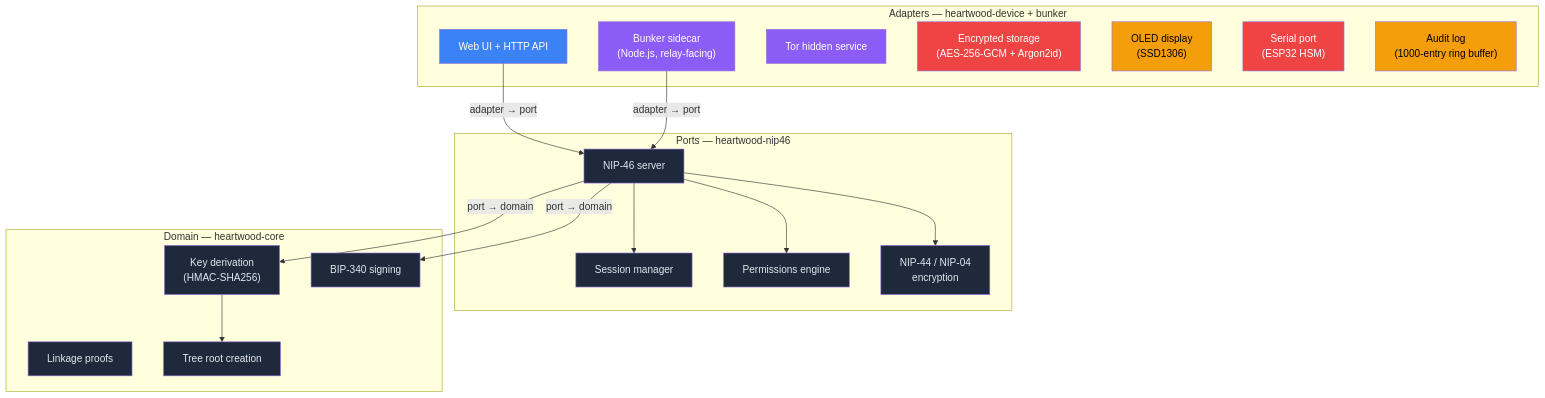
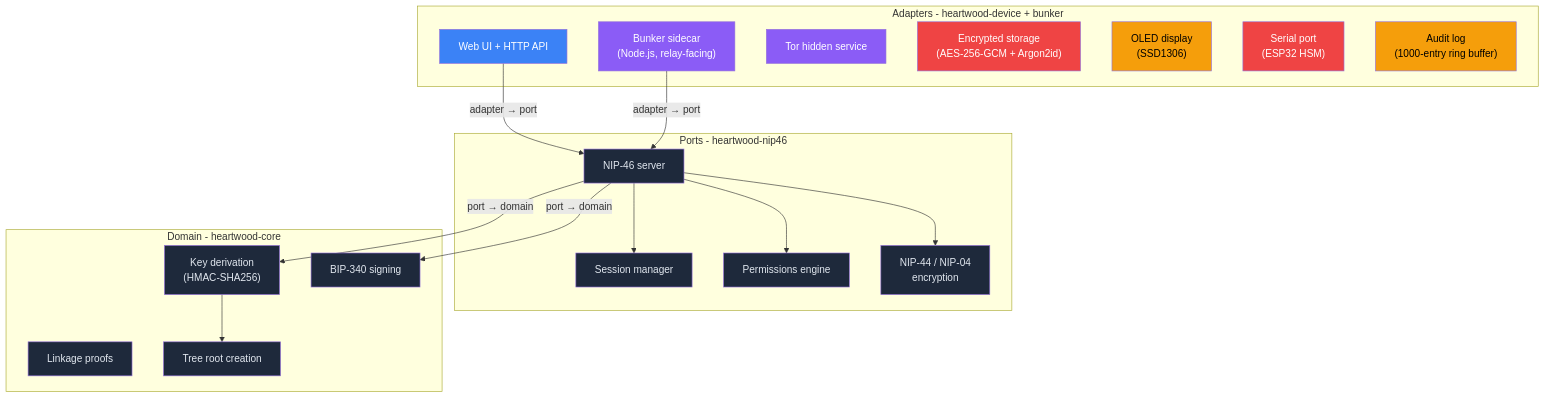
One commit to forgesworn/heartwood changed the diagram in ARCHITECTURE.md. Above: the diagram before and after it, drawn with Mermaid. The commit also changed 1 other file, not shown here.

Commit message:
fix: remove em dashes, drop unbuilt portable tier
Replace em dashes with hyphens in ARCHITECTURE.md subgraph labels.
Remove portable tier from ECOSYSTEM.md - not yet built. Only
document what's shipped (Soft and Hard tiers).

````diff
--- a/ARCHITECTURE.md
+++ b/ARCHITECTURE.md
@@ -15,51 +15,51 @@
 ```mermaid
 graph TB
-    subgraph ADAPTERS["Adapters — heartwood-device + bunker"]
+    subgraph ADAPTERS["Adapters - heartwood-device + bunker"]
         WEB["Web UI + HTTP API"]
         BUNKER["Bunker sidecar<br/>(Node.js, relay-facing)"]
         TOR["Tor hidden service"]
         STORE["Encrypted storage<br/>(AES-256-GCM + Argon2id)"]
         OLED["OLED display<br/>(SSD1306)"]
         SERIAL["Serial port<br/>(ESP32 HSM)"]
         AUDIT["Audit log<br/>(1000-entry ring buffer)"]
     end
 
-    subgraph PORTS["Ports — heartwood-nip46"]
+    subgraph PORTS["Ports - heartwood-nip46"]
         SERVER["NIP-46 server"]
         SESS["Session manager"]
         PERMS["Permissions engine"]
         ENC["NIP-44 / NIP-04<br/>encryption"]
     end
 
-    subgraph CORE["Domain — heartwood-core"]
+    subgraph CORE["Domain - heartwood-core"]
         DERIVE["Key derivation<br/>(HMAC-SHA256)"]
         SIGN["BIP-340 signing"]
         PROOF["Linkage proofs"]
         ROOT["Tree root creation"]
     end
 
     WEB -->|adapter → port| SERVER
     BUNKER -->|adapter → port| SERVER
     SERVER --> SESS
     SERVER --> PERMS
     SERVER --> ENC
     SERVER -->|port → domain| SIGN
     SERVER -->|port → domain| DERIVE
     DERIVE --> ROOT
 
     style WEB fill:#3b82f6,color:#fff
     style BUNKER fill:#8b5cf6,color:#fff
     style TOR fill:#8b5cf6,color:#fff
     style STORE fill:#ef4444,color:#fff
     style SERIAL fill:#ef4444,color:#fff
     style OLED fill:#f59e0b,color:#000
     style AUDIT fill:#f59e0b,color:#000
     style SERVER fill:#1e293b,color:#e2e8f0
     style SESS fill:#1e293b,color:#e2e8f0
     style PERMS fill:#1e293b,color:#e2e8f0
     style ENC fill:#1e293b,color:#e2e8f0
     style DERIVE fill:#1e293b,color:#e2e8f0
     style SIGN fill:#1e293b,color:#e2e8f0
     style PROOF fill:#1e293b,color:#e2e8f0
     style ROOT fill:#1e293b,color:#e2e8f0
 ```
````
